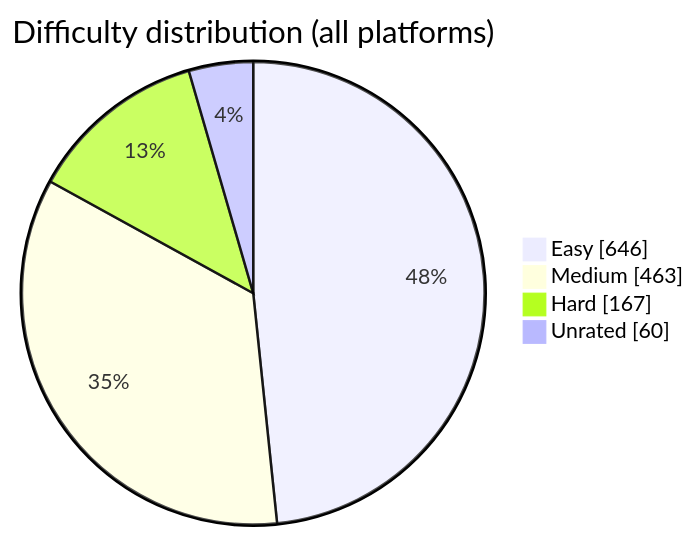
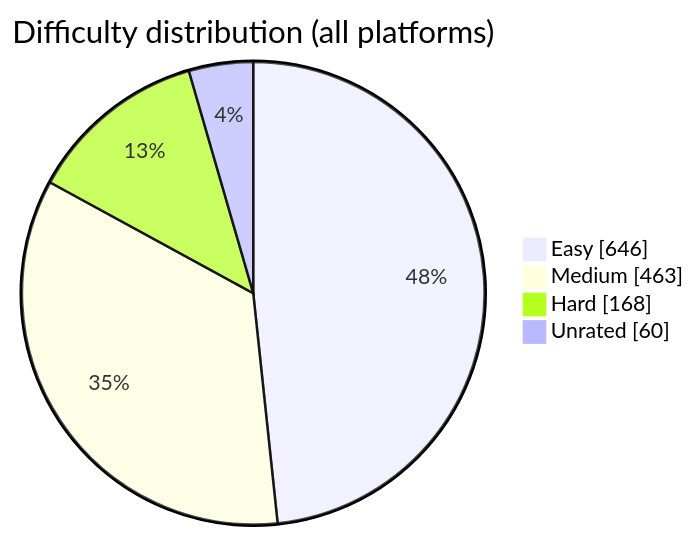
The diagram in README.md (BuildbyArindam/Daily-Coding-Log), drawn with Mermaid before and after one commit. The commit also changed other lines of this file, not shown here.

````diff
--- a/README.md
+++ b/README.md
@@ -93,7 +93,7 @@
 ```mermaid
 pie showData title Difficulty distribution (all platforms)
     "Easy" : 646
     "Medium" : 463
-    "Hard" : 167
+    "Hard" : 168
     "Unrated" : 60
 ```
````
